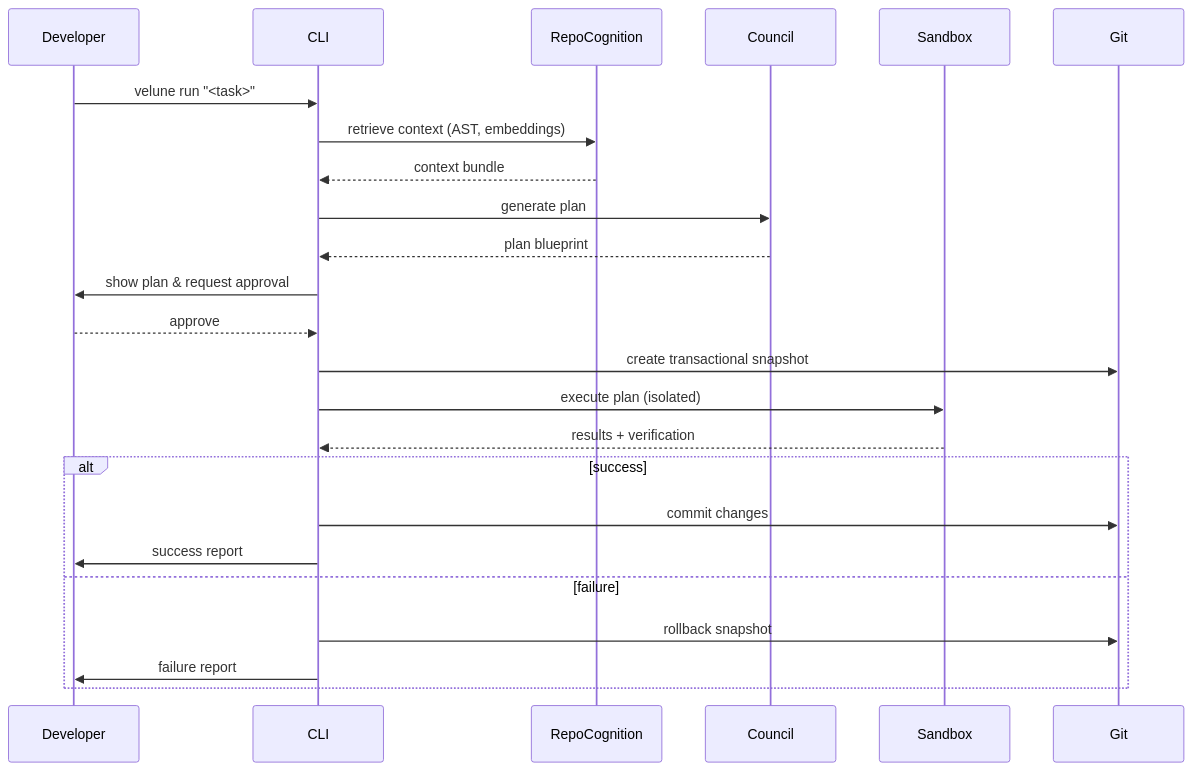
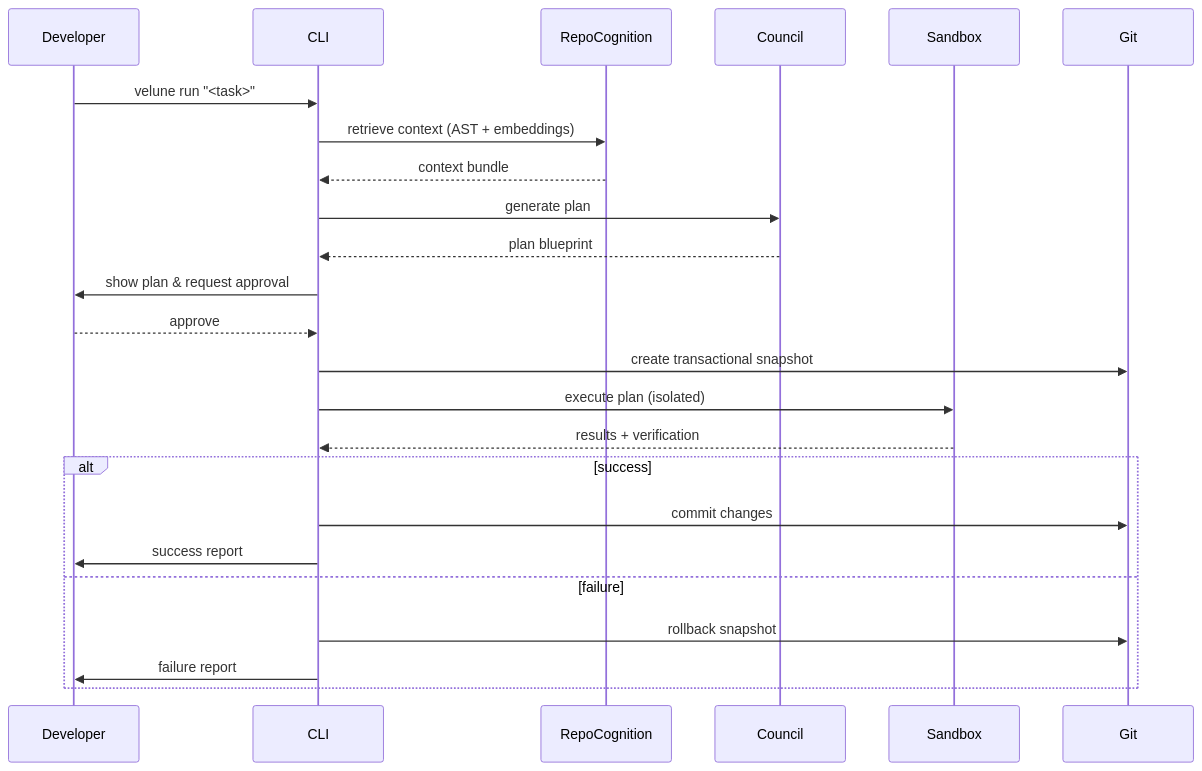
One commit to Surya-Hariharan/Velune-CLI changed the second of 2 diagrams in README.md. Above: the diagram before and after it, drawn with Mermaid. The commit also changed other lines of this file and 11 other files, not shown here.

````diff
--- a/README.md
+++ b/README.md
@@ -95,27 +80,27 @@
 ```mermaid
 sequenceDiagram
-        participant Dev as Developer
-        participant CLI as CLI
-        participant Repo as RepoCognition
-        participant Council as Council
-        participant Sandbox as Sandbox
-        participant Git as Git
+    participant Dev as Developer
+    participant CLI as CLI
+    participant Repo as RepoCognition
+    participant Council as Council
+    participant Sandbox as Sandbox
+    participant Git as Git
 
-        Dev->>CLI: velune run "<task>"
-        CLI->>Repo: retrieve context (AST, embeddings)
-        Repo-->>CLI: context bundle
-        CLI->>Council: generate plan
-        Council-->>CLI: plan blueprint
-        CLI->>Dev: show plan & request approval
-        Dev-->>CLI: approve
-        CLI->>Git: create transactional snapshot
-        CLI->>Sandbox: execute plan (isolated)
-        Sandbox-->>CLI: results + verification
-        alt success
-            CLI->>Git: commit changes
-            CLI->>Dev: success report
-        else failure
-            CLI->>Git: rollback snapshot
-            CLI->>Dev: failure report
-        end
+    Dev->>CLI: velune run "<task>"
+    CLI->>Repo: retrieve context (AST + embeddings)
+    Repo-->>CLI: context bundle
+    CLI->>Council: generate plan
+    Council-->>CLI: plan blueprint
+    CLI->>Dev: show plan & request approval
+    Dev-->>CLI: approve
+    CLI->>Git: create transactional snapshot
+    CLI->>Sandbox: execute plan (isolated)
+    Sandbox-->>CLI: results + verification
+    alt success
+        CLI->>Git: commit changes
+        CLI->>Dev: success report
+    else failure
+        CLI->>Git: rollback snapshot
+        CLI->>Dev: failure report
+    end
 ```
````
